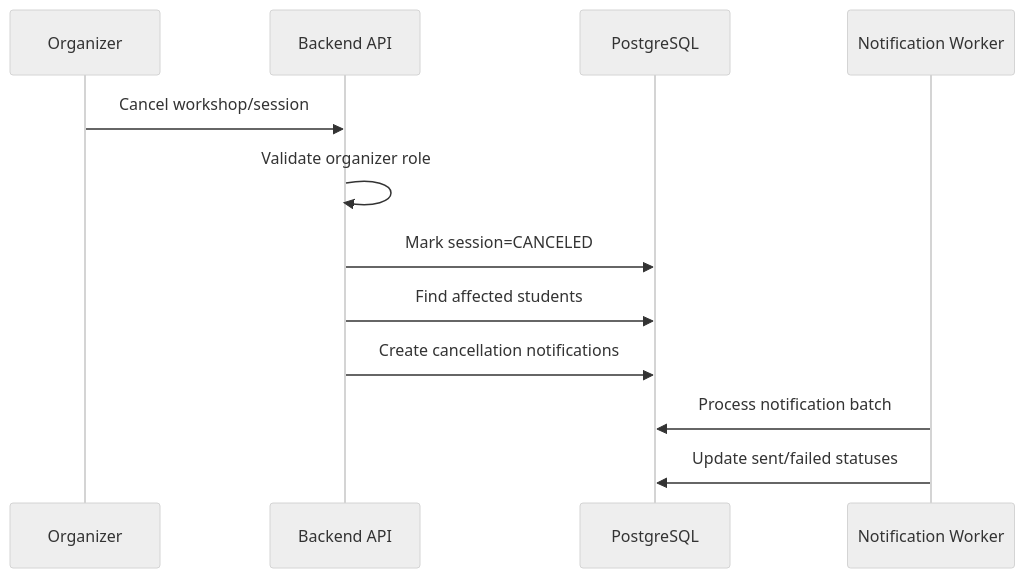
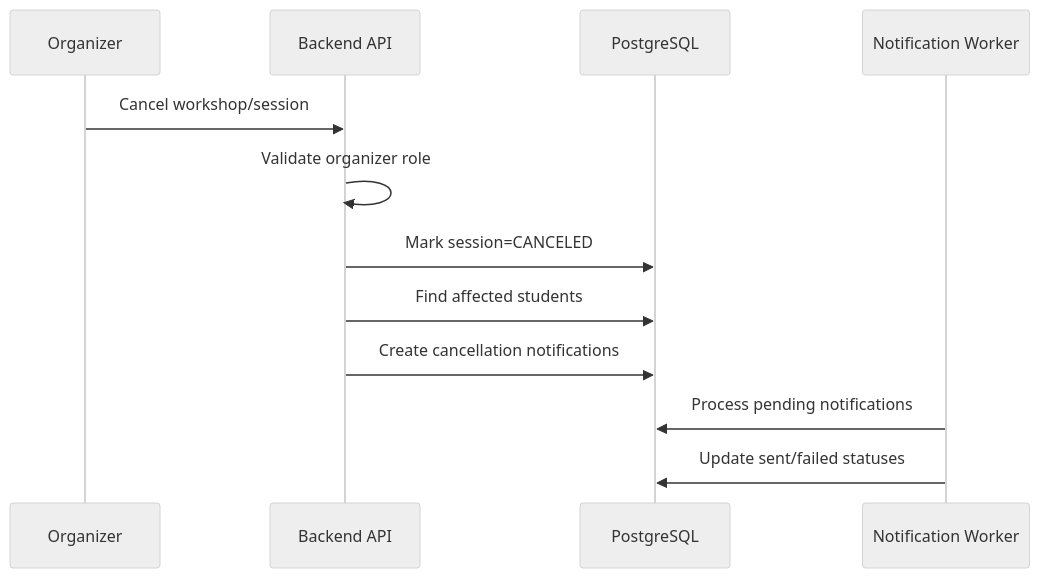
Before and after one commit to NguyenThanhTien539/unihub-workshop-system: the third of 4 diagrams in blueprint/specs/notification.md, drawn with Mermaid (neutral theme). The commit also changed other lines of this file and 8 other files, not shown here.

````diff
--- a/blueprint/specs/notification.md
+++ b/blueprint/specs/notification.md
@@ -113,15 +108,15 @@
 ```mermaid
 sequenceDiagram
     participant O as Organizer
     participant API as Backend API
     participant DB as PostgreSQL
     participant W as Notification Worker
 
     O->>API: Cancel workshop/session
     API->>API: Validate organizer role
     API->>DB: Mark session=CANCELED
     API->>DB: Find affected students
     API->>DB: Create cancellation notifications
-    W->>DB: Process notification batch
+    W->>DB: Process pending notifications
     W->>DB: Update sent/failed statuses
 ```
````
